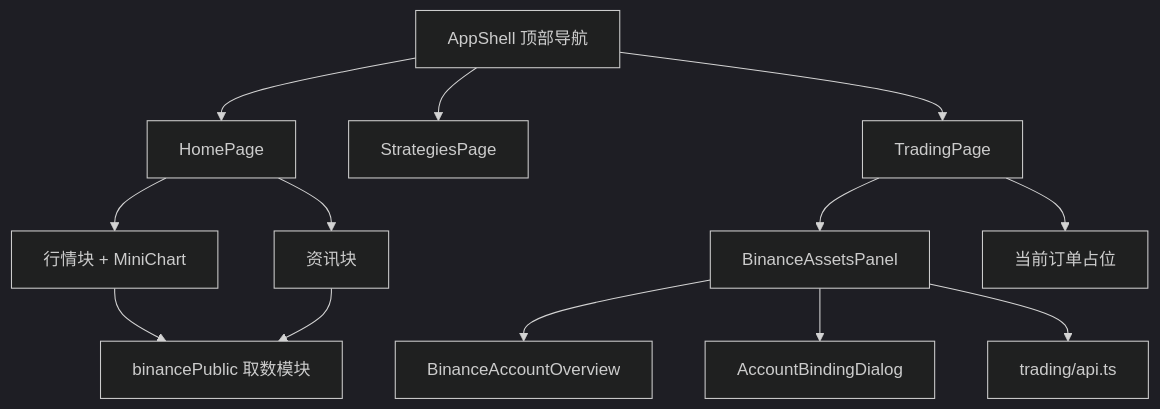
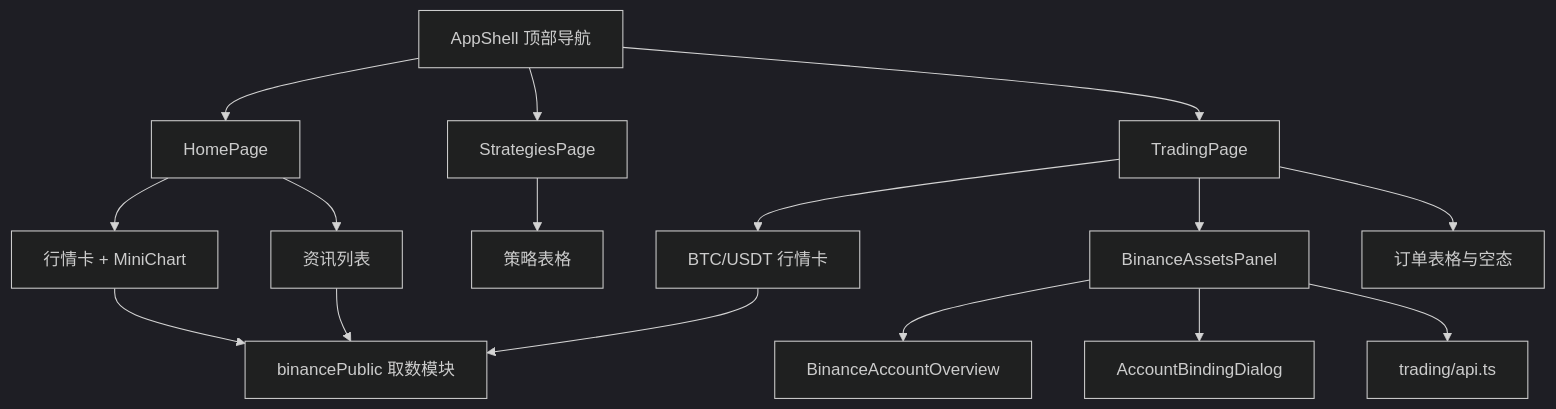
The diagram in docs/frontend/2026-09-21-web-three-page-design.md (jelven007/AutomotiveTrading), drawn with Mermaid (dark theme) before and after one commit. The commit also changed other lines of this file and 20 other files, not shown here.

````diff
--- a/docs/frontend/2026-09-21-web-three-page-design.md
+++ b/docs/frontend/2026-09-21-web-three-page-design.md
@@ -64,15 +69,18 @@
 ```mermaid
 flowchart TD
     Shell[AppShell 顶部导航] --> Home[HomePage]
     Shell --> Strat[StrategiesPage]
     Shell --> Trade[TradingPage]
-    Home --> Market[行情块 + MiniChart]
-    Home --> News[资讯块]
+    Home --> Market[行情卡 + MiniChart]
+    Home --> News[资讯列表]
+    Strat --> StrategyTable[策略表格]
+    Trade --> Spot[BTC/USDT 行情卡]
     Trade --> Assets[BinanceAssetsPanel]
-    Trade --> Orders[当前订单占位]
+    Trade --> Orders[订单表格与空态]
     Assets --> Overview[BinanceAccountOverview]
     Assets --> Binding[AccountBindingDialog]
     Market --> Pub[binancePublic 取数模块]
+    Spot --> Pub
     News --> Pub
     Assets --> TradingApi[trading/api.ts]
 ```
````
